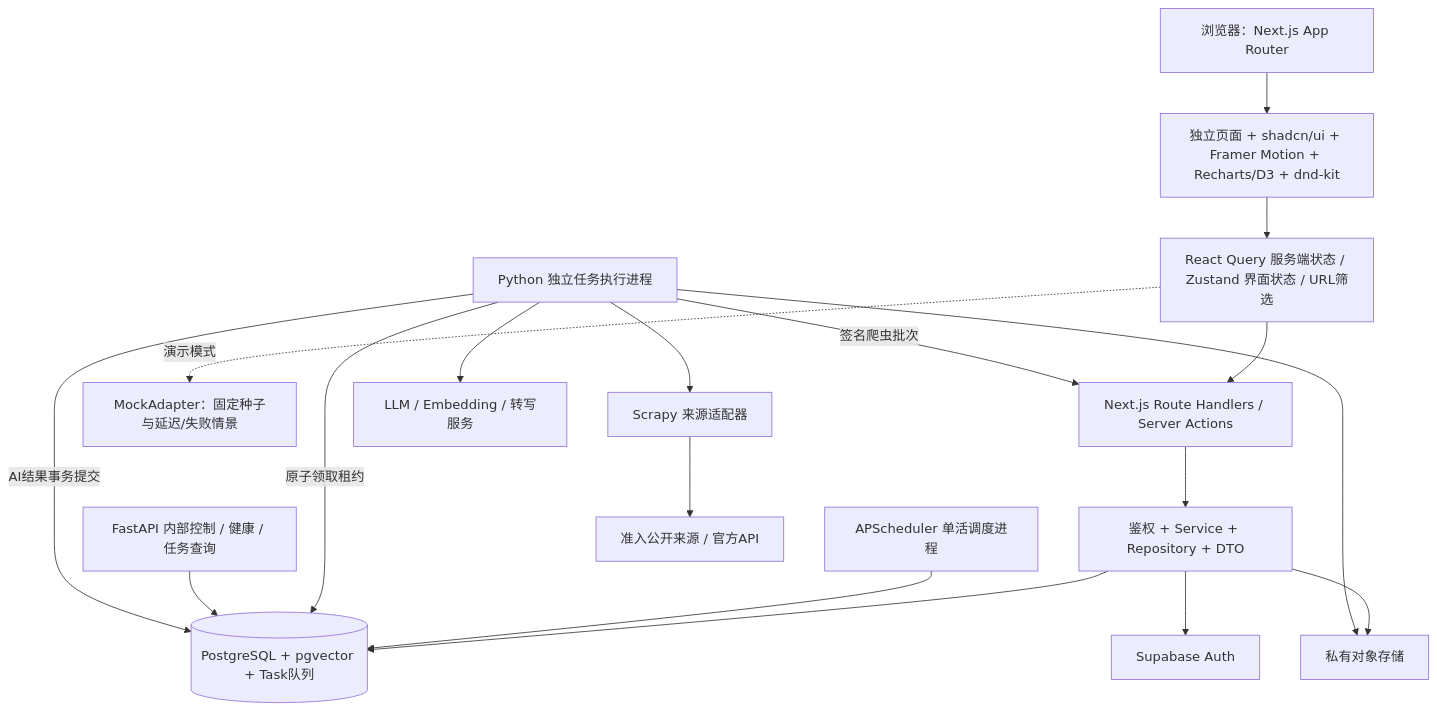
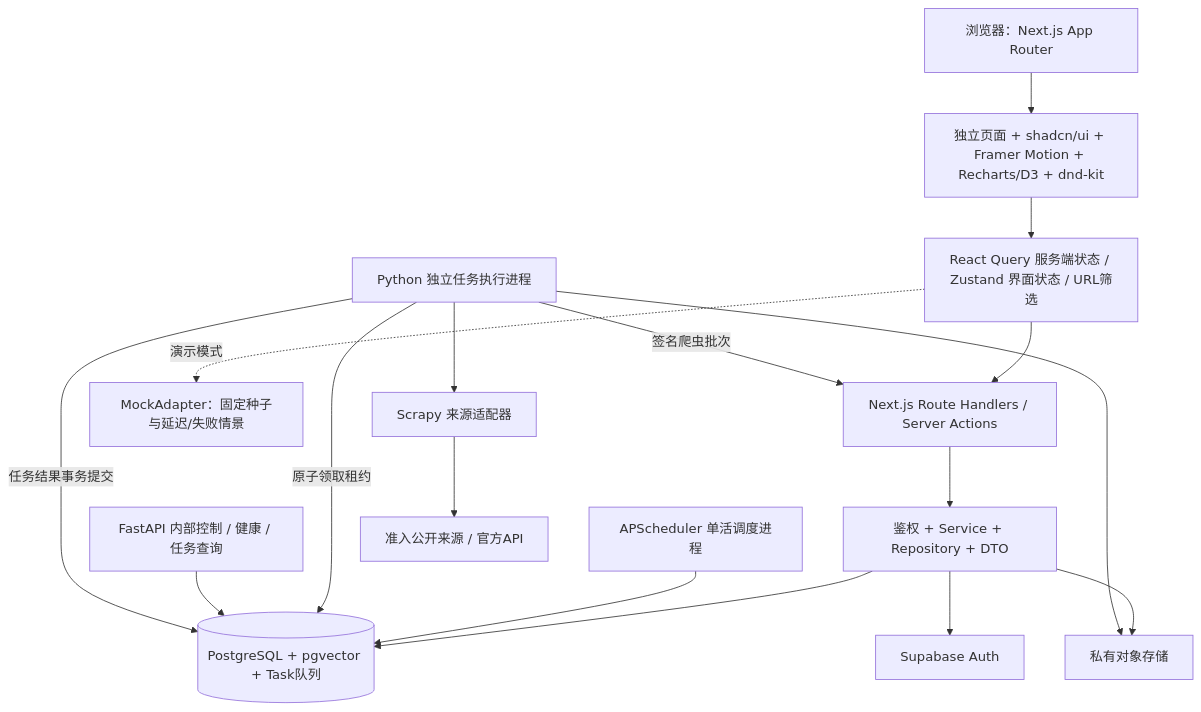
Before and after one commit to Wangcongming666/campus-radar: the diagram in docs/campus-radar-v1/06-technical-architecture.md, drawn with Mermaid. The commit also changed other lines of this file and 154 other files, not shown here.

````diff
--- a/docs/campus-radar-v1/06-technical-architecture.md
+++ b/docs/campus-radar-v1/06-technical-architecture.md
@@ -7,32 +11,30 @@
 ```mermaid
 flowchart TB
   Browser[浏览器：Next.js App Router]
   UI[独立页面 + shadcn/ui + Framer Motion + Recharts/D3 + dnd-kit]
   State[React Query 服务端状态 / Zustand 界面状态 / URL筛选]
   API[Next.js Route Handlers / Server Actions]
   Service[鉴权 + Service + Repository + DTO]
   Mock[MockAdapter：固定种子与延迟/失败情景]
   PG[(PostgreSQL + pgvector + Task队列)]
   Auth[Supabase Auth]
   Storage[私有对象存储]
   Scheduler[APScheduler 单活调度进程]
   Executor[Python 独立任务执行进程]
   FastAPI[FastAPI 内部控制 / 健康 / 任务查询]
   Scrapy[Scrapy 来源适配器]
-  AI[LLM / Embedding / 转写服务]
   Sources[准入公开来源 / 官方API]
   Browser --> UI --> State
   State --> API --> Service
   Service --> PG
   Service --> Auth
   Service --> Storage
   State -.演示模式.-> Mock
   Scheduler --> PG
   Executor -->|原子领取租约| PG
   FastAPI --> PG
   Executor --> Scrapy --> Sources
-  Executor --> AI
   Executor --> Storage
   Executor -->|签名爬虫批次| API
-  Executor -->|AI结果事务提交| PG
+  Executor -->|任务结果事务提交| PG
 ```
````
